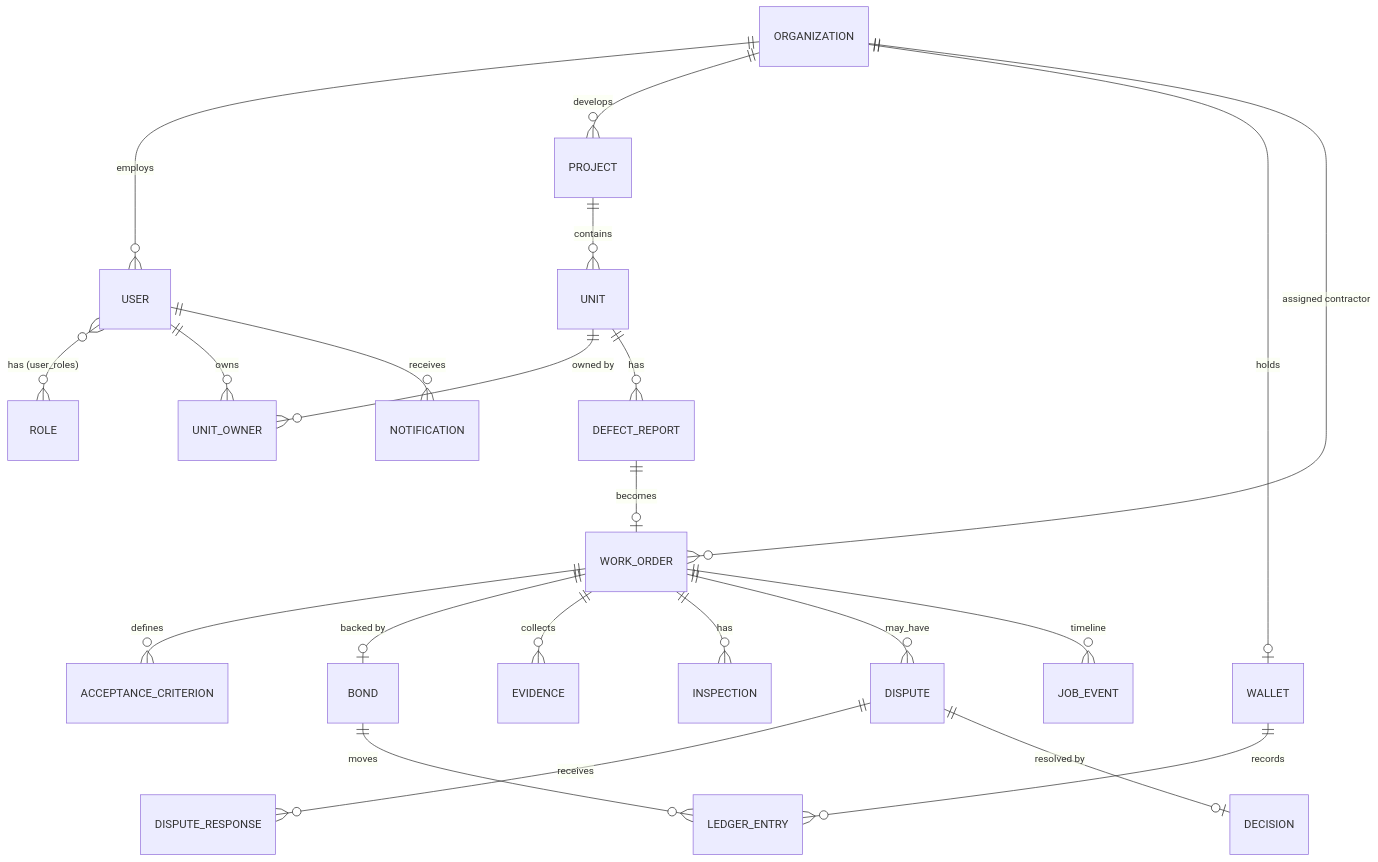
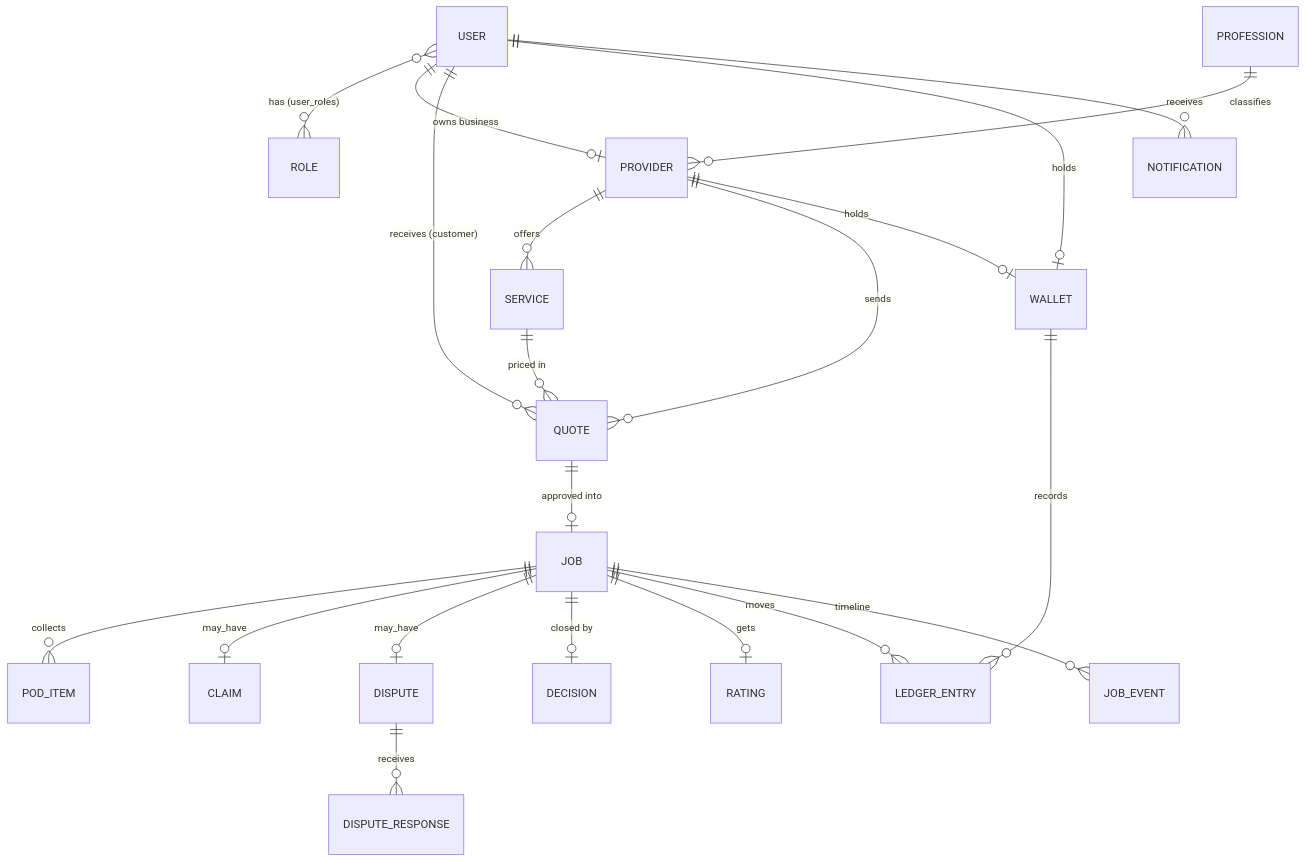
The diagram in docs/Schema.md (zferdous652-lab/xptnow_UI_UX), drawn with Mermaid before and after one commit. The commit also changed other lines of this file and 7 other files, not shown here.

````diff
--- a/docs/Schema.md
+++ b/docs/Schema.md
@@ -9,24 +9,23 @@
 ```mermaid
 erDiagram
-  ORGANIZATION ||--o{ USER : employs
   USER }o--o{ ROLE : "has (user_roles)"
-  ORGANIZATION ||--o{ PROJECT : develops
-  PROJECT ||--o{ UNIT : contains
-  UNIT ||--o{ UNIT_OWNER : "owned by"
-  USER ||--o{ UNIT_OWNER : owns
-  UNIT ||--o{ DEFECT_REPORT : has
-  DEFECT_REPORT ||--o| WORK_ORDER : "becomes"
-  WORK_ORDER }o--|| ORGANIZATION : "assigned contractor"
-  WORK_ORDER ||--o{ ACCEPTANCE_CRITERION : defines
-  WORK_ORDER ||--o| BOND : "backed by"
-  WORK_ORDER ||--o{ EVIDENCE : collects
-  WORK_ORDER ||--o{ INSPECTION : has
-  WORK_ORDER ||--o{ DISPUTE : may_have
+  USER ||--o| PROVIDER : "owns business"
+  PROFESSION ||--o{ PROVIDER : classifies
+  PROVIDER ||--o{ SERVICE : offers
+  PROVIDER ||--o{ QUOTE : sends
+  USER ||--o{ QUOTE : "receives (customer)"
+  SERVICE ||--o{ QUOTE : "priced in"
+  QUOTE ||--o| JOB : "approved into"
+  JOB ||--o{ POD_ITEM : collects
+  JOB ||--o| CLAIM : may_have
+  JOB ||--o| DISPUTE : may_have
   DISPUTE ||--o{ DISPUTE_RESPONSE : receives
-  DISPUTE ||--o| DECISION : "resolved by"
-  BOND ||--o{ LEDGER_ENTRY : moves
+  JOB ||--o| DECISION : "closed by"
+  JOB ||--o| RATING : gets
+  USER ||--o| WALLET : holds
+  PROVIDER ||--o| WALLET : holds
   WALLET ||--o{ LEDGER_ENTRY : records
-  ORGANIZATION ||--o| WALLET : holds
-  WORK_ORDER ||--o{ JOB_EVENT : "timeline"
+  JOB ||--o{ LEDGER_ENTRY : moves
+  JOB ||--o{ JOB_EVENT : timeline
   USER ||--o{ NOTIFICATION : receives
 ```
````
